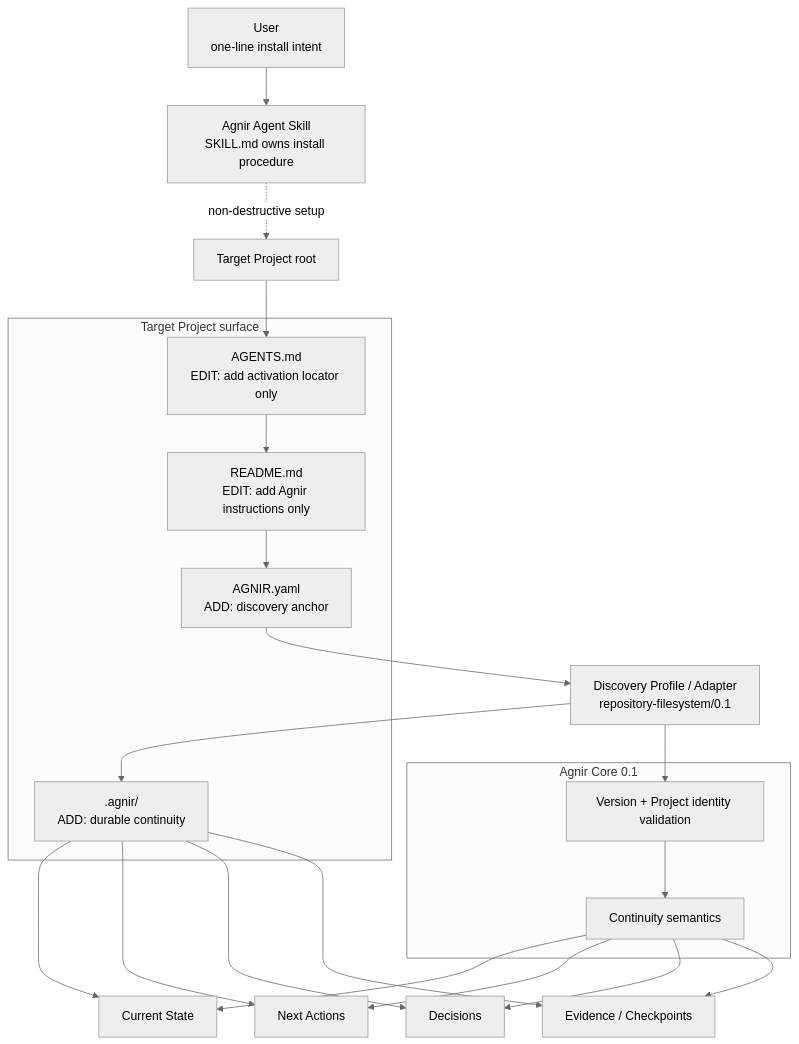
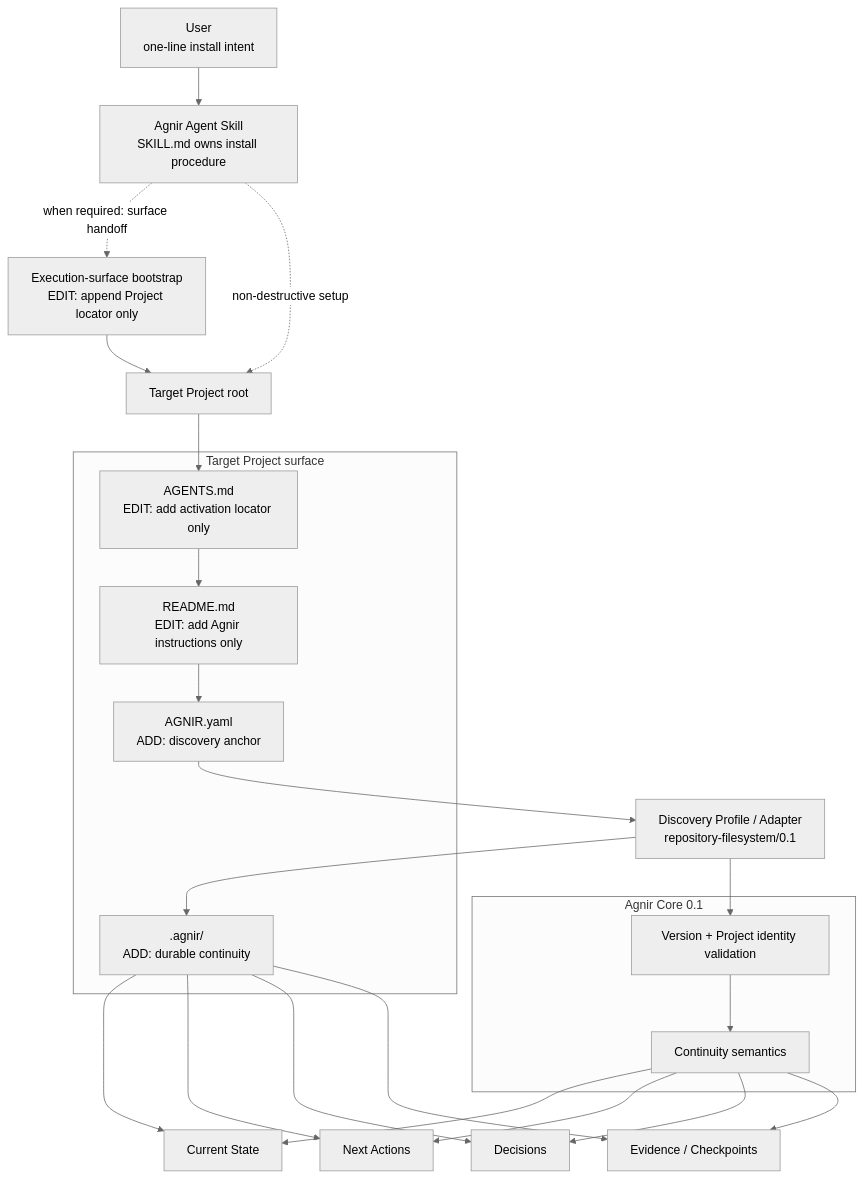
One commit to iorLab/agnir changed the first of 2 diagrams in README.md. Above: the diagram before and after it, drawn with Mermaid (neutral theme). The commit also changed other lines of this file and 2 other files, not shown here.

Commit message:
docs: explain execution-surface activation handoff

````diff
--- a/README.md
+++ b/README.md
@@ -83,33 +87,35 @@
 ```mermaid
 flowchart TB
     U[User\none-line install intent] --> K[Agnir Agent Skill\nSKILL.md owns install procedure]
-    K -. non-destructive setup .-> P[Target Project root]
+    K -. when required: surface handoff .-> X[Execution-surface bootstrap\nEDIT: append Project locator only]
+    X --> P[Target Project root]
+    K -. non-destructive setup .-> P
 
     subgraph T[Target Project surface]
         G[AGENTS.md\nEDIT: add activation locator only]
         H[README.md\nEDIT: add Agnir instructions only]
         A[AGNIR.yaml\nADD: discovery anchor]
         F[.agnir/\nADD: durable continuity]
         G --> H --> A
     end
 
     P --> G
     A --> D[Discovery Profile / Adapter\nrepository-filesystem/0.1]
     D --> V
     D --> F
 
     subgraph C[Agnir Core 0.1]
         V[Version + Project identity validation]
         M[Continuity semantics]
         V --> M
     end
 
     M --> S[Current State]
     M --> N[Next Actions]
     M --> J[Decisions]
     M --> E[Evidence / Checkpoints]
     F --> S
     F --> N
     F --> J
     F --> E
 ```
````
